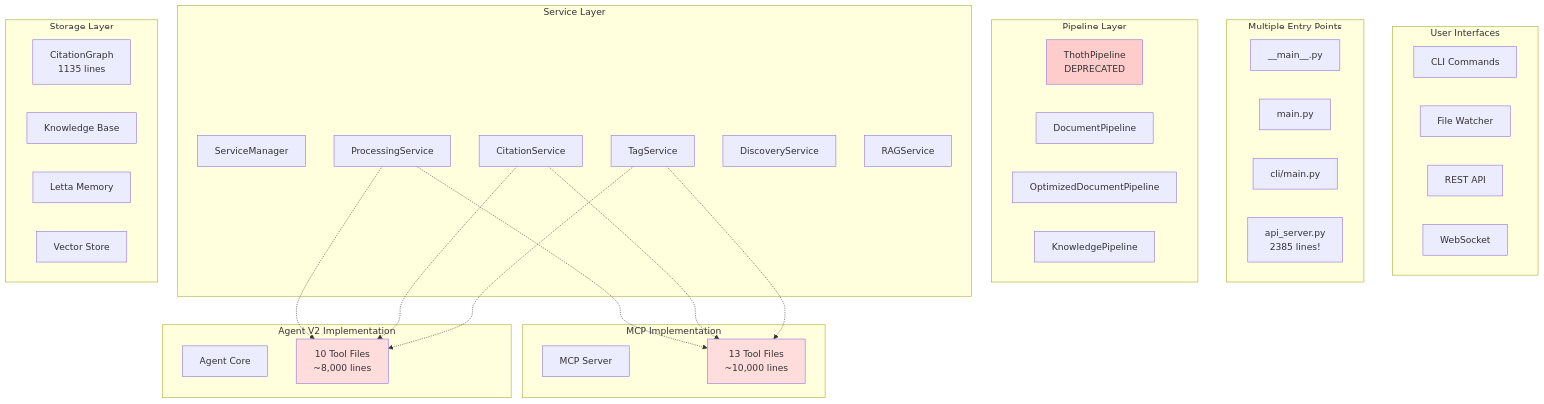
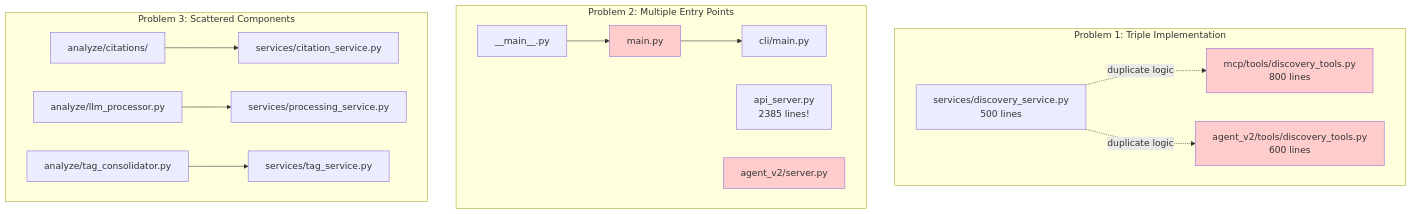
One commit to acertainKnight/project-thoth changed the first of 2 diagrams in planning/code_review_report.md. Above: the diagram before and after it, drawn with Mermaid. The commit also changed other lines of this file, not shown here.

Commit message:
Refactor Thoth codebase: Create comprehensive architecture migration plan

````diff
--- a/planning/code_review_report.md
+++ b/planning/code_review_report.md
@@ -35,61 +29,33 @@
 ```mermaid
 graph TB
-    subgraph "User Interfaces"
-        CLI[CLI Commands]
-        Watch[File Watcher]
-        API[REST API]
-        WS[WebSocket]
+    subgraph "Problem 1: Triple Implementation"
+        S1[services/discovery_service.py<br/>500 lines]
+        M1[mcp/tools/discovery_tools.py<br/>800 lines]
+        A1[agent_v2/tools/discovery_tools.py<br/>600 lines]
+        S1 -.duplicate logic.-> M1
+        S1 -.duplicate logic.-> A1
     end
 
-    subgraph "Multiple Entry Points"
-        Main1[__main__.py]
-        Main2[main.py]
-        Main3[cli/main.py]
-        APIServer[api_server.py<br/>2385 lines!]
+    subgraph "Problem 2: Multiple Entry Points"
+        E1[__main__.py] --> E2[main.py] --> E3[cli/main.py]
+        E4[api_server.py<br/>2385 lines!]
+        E5[agent_v2/server.py]
     end
 
-    subgraph "Pipeline Layer"
-        TP[ThothPipeline<br/>DEPRECATED]
-        DP[DocumentPipeline]
-        ODP[OptimizedDocumentPipeline]
-        KP[KnowledgePipeline]
+    subgraph "Problem 3: Scattered Components"
+        AC1[analyze/citations/]
+        AC2[analyze/llm_processor.py]
+        AC3[analyze/tag_consolidator.py]
+        SV1[services/citation_service.py]
+        SV2[services/processing_service.py]
+        SV3[services/tag_service.py]
+        AC1 --> SV1
+        AC2 --> SV2
+        AC3 --> SV3
     end
 
-    subgraph "Service Layer"
-        SM[ServiceManager]
-        PS[ProcessingService]
-        CS[CitationService]
-        TS[TagService]
-        DS[DiscoveryService]
-        RS[RAGService]
-    end
-
-    subgraph "MCP Implementation"
-        MCPS[MCP Server]
-        MCPTools[13 Tool Files<br/>~10,000 lines]
-    end
-
-    subgraph "Agent V2 Implementation"
-        Agent[Agent Core]
-        AgentTools[10 Tool Files<br/>~8,000 lines]
-    end
-
-    subgraph "Storage Layer"
-        CG[CitationGraph<br/>1135 lines]
-        KB[Knowledge Base]
-        Letta[Letta Memory]
-        VS[Vector Store]
-    end
-
-    %% Duplicate implementations shown with dotted lines
-    PS -.-> MCPTools
-    PS -.-> AgentTools
-    CS -.-> MCPTools
-    CS -.-> AgentTools
-    TS -.-> MCPTools
-    TS -.-> AgentTools
-
-    style TP fill:#ffcccc
-    style MCPTools fill:#ffdddd
-    style AgentTools fill:#ffdddd
+    style M1 fill:#ffcccc
+    style A1 fill:#ffcccc
+    style E2 fill:#ffcccc
+    style E5 fill:#ffcccc
 ```
````
